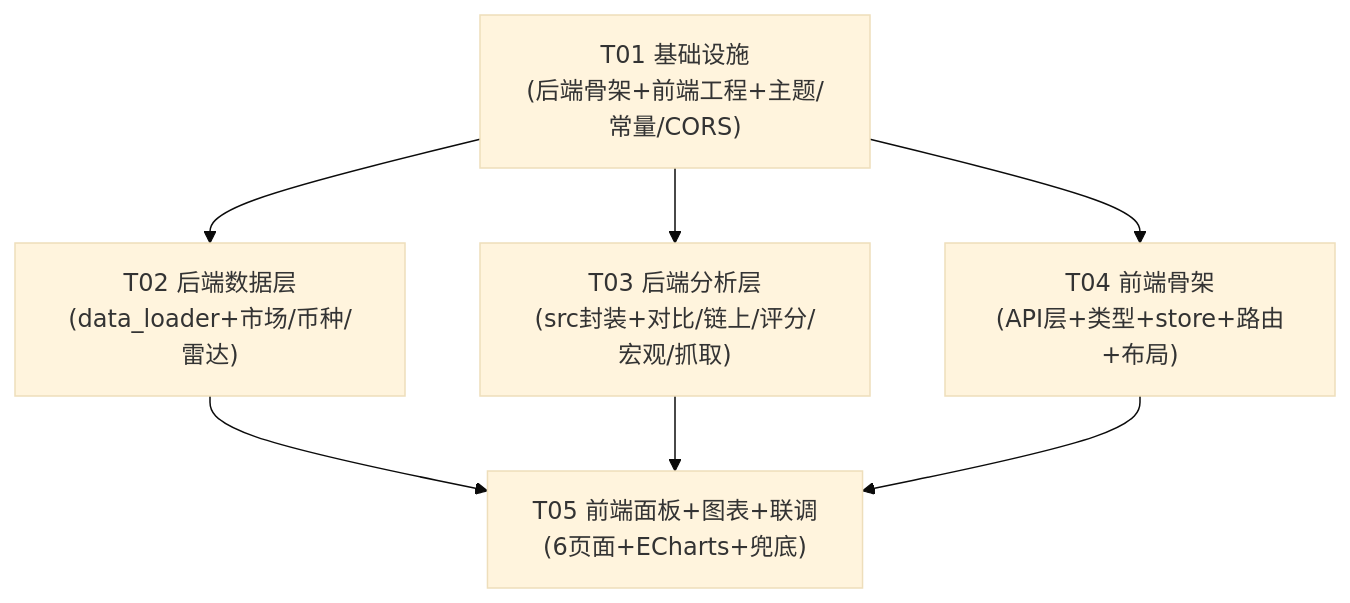
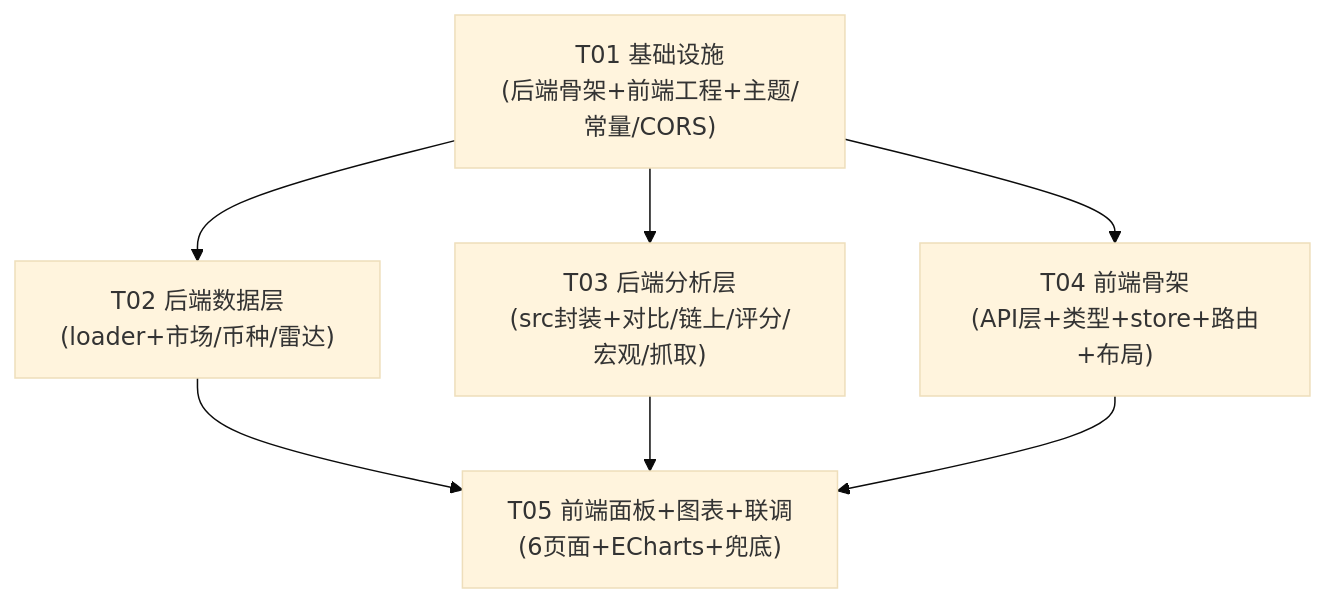
The diagram in docs/console/ARCHITECTURE.md (tonyyang1223/claude_trade), drawn with Mermaid (base theme) before and after one commit. The commit also changed other lines of this file and 63 other files, not shown here.

````diff
--- a/docs/console/ARCHITECTURE.md
+++ b/docs/console/ARCHITECTURE.md
@@ -431,15 +338,15 @@
 ```mermaid
 graph TD
     T01["T01 基础设施<br/>(后端骨架+前端工程+主题/常量/CORS)"]
-    T02["T02 后端数据层<br/>(data_loader+市场/币种/雷达)"]
+    T02["T02 后端数据层<br/>(loader+市场/币种/雷达)"]
     T03["T03 后端分析层<br/>(src封装+对比/链上/评分/宏观/抓取)"]
     T04["T04 前端骨架<br/>(API层+类型+store+路由+布局)"]
     T05["T05 前端面板+图表+联调<br/>(6页面+ECharts+兜底)"]
 
     T01 --> T02
     T01 --> T03
     T01 --> T04
     T02 --> T05
     T03 --> T05
     T04 --> T05
 ```
````
